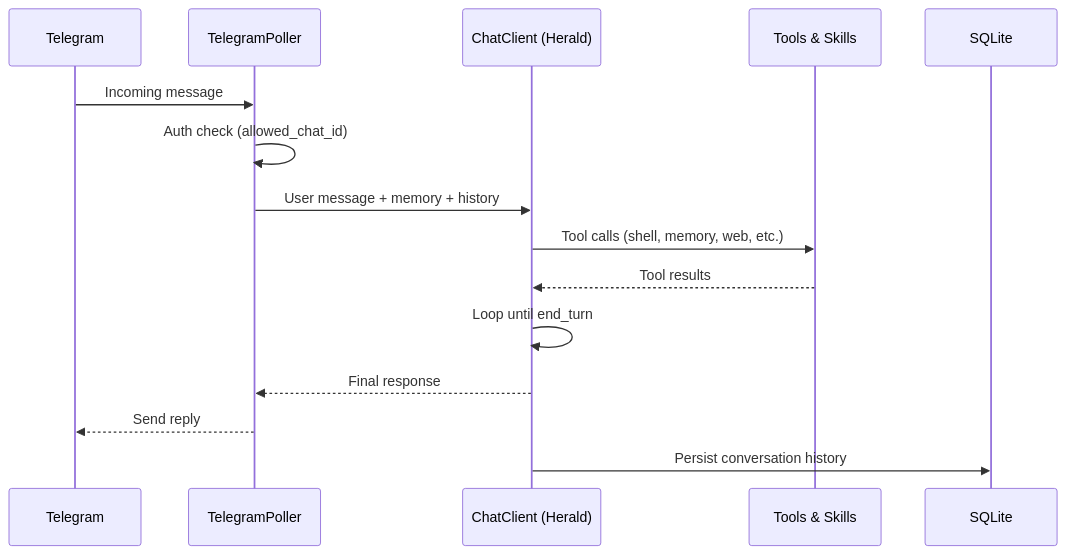
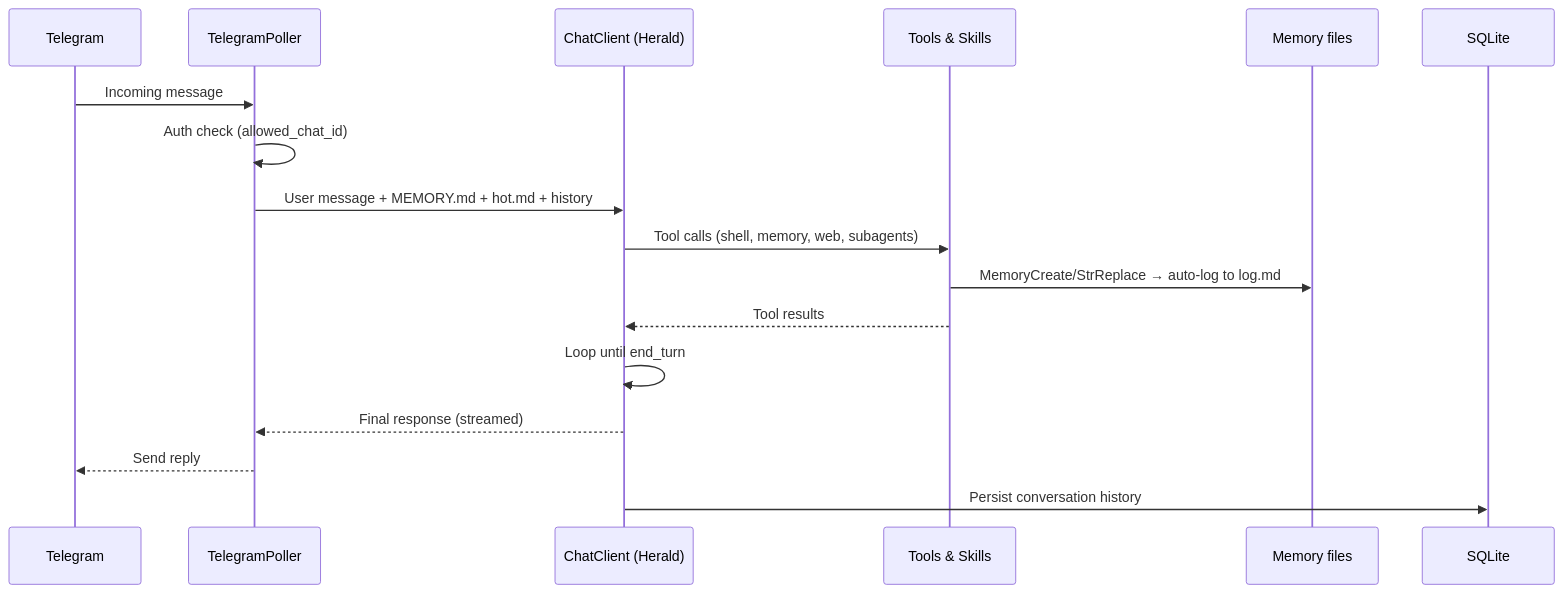
Before and after one commit to dbbaskette/herald: the second of 4 diagrams in README.md, drawn with Mermaid. The commit also changed other lines of this file, not shown here.

````diff
--- a/README.md
+++ b/README.md
@@ -152,18 +263,20 @@
 ```mermaid
 sequenceDiagram
     participant T as Telegram
     participant P as TelegramPoller
     participant A as ChatClient (Herald)
     participant Tools as Tools & Skills
+    participant Mem as Memory files
     participant DB as SQLite
 
     T->>P: Incoming message
     P->>P: Auth check (allowed_chat_id)
-    P->>A: User message + memory + history
-    A->>Tools: Tool calls (shell, memory, web, etc.)
+    P->>A: User message + MEMORY.md + hot.md + history
+    A->>Tools: Tool calls (shell, memory, web, subagents)
+    Tools->>Mem: MemoryCreate/StrReplace → auto-log to log.md
     Tools-->>A: Tool results
     A->>A: Loop until end_turn
-    A-->>P: Final response
+    A-->>P: Final response (streamed)
     P-->>T: Send reply
     A->>DB: Persist conversation history
 ```
````
